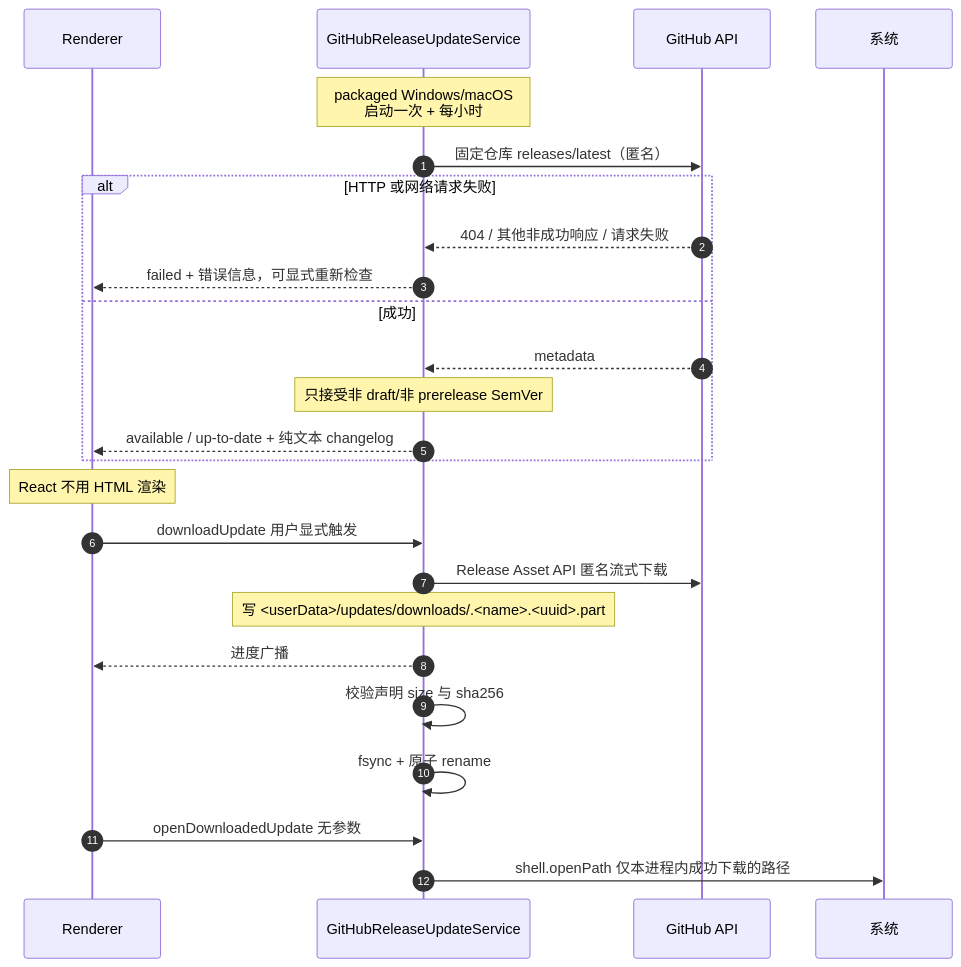
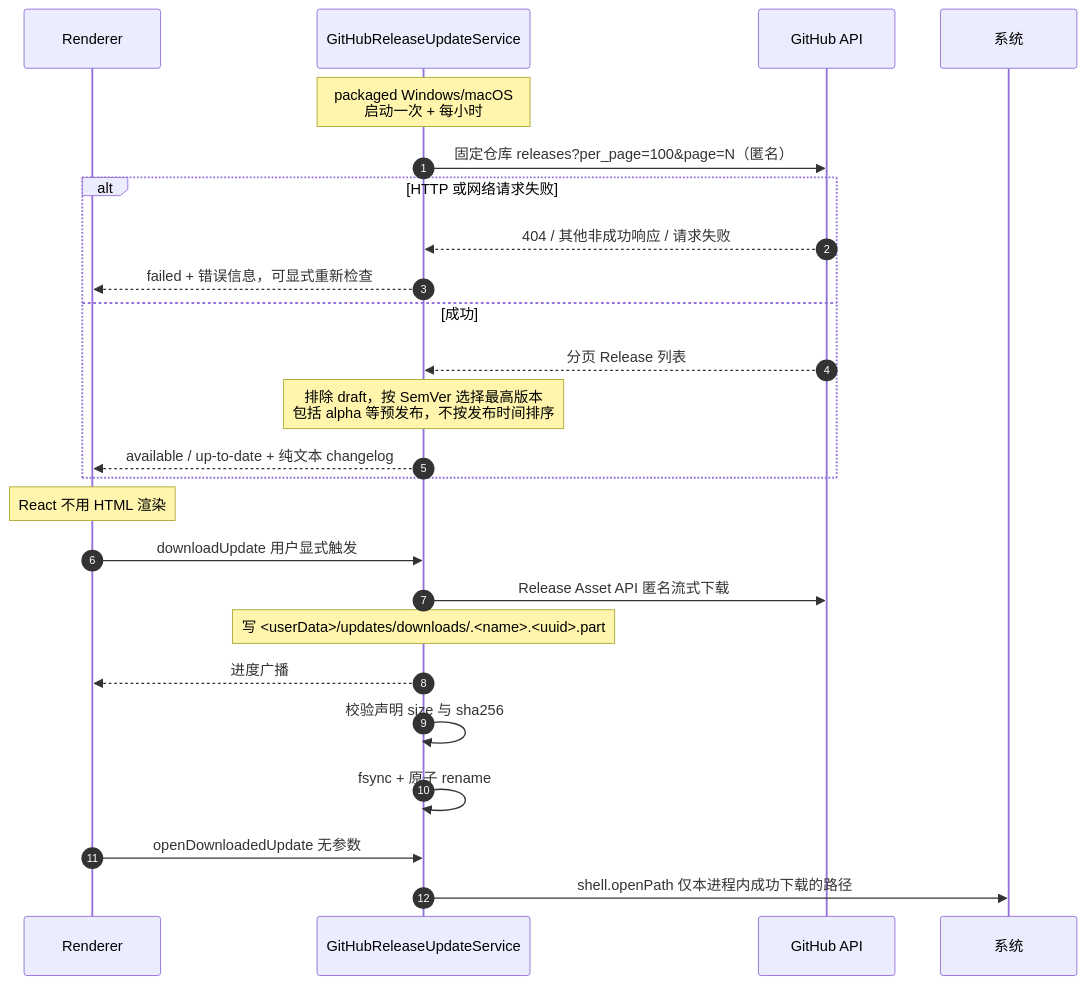
One commit to zhxmt-xm/Interceptor changed the diagram in architecture/features/settings/updates.md. Above: the diagram before and after it, drawn with Mermaid. The commit also changed other lines of this file and 76 other files, not shown here.

````diff
--- a/architecture/features/settings/updates.md
+++ b/architecture/features/settings/updates.md
@@ -7,30 +7,30 @@
 ```mermaid
 sequenceDiagram
     autonumber
     participant UI as Renderer
     participant Main as GitHubReleaseUpdateService
     participant GH as GitHub API
     participant Shell as 系统
 
     Note over Main: packaged Windows/macOS<br/>启动一次 + 每小时
-    Main->>GH: 固定仓库 releases/latest（匿名）
+    Main->>GH: 固定仓库 releases?per_page=100&page=N（匿名）
     alt HTTP 或网络请求失败
         GH-->>Main: 404 / 其他非成功响应 / 请求失败
         Main-->>UI: failed + 错误信息，可显式重新检查
     else 成功
-        GH-->>Main: metadata
-        Note over Main: 只接受非 draft/非 prerelease SemVer
+        GH-->>Main: 分页 Release 列表
+        Note over Main: 排除 draft，按 SemVer 选择最高版本<br/>包括 alpha 等预发布，不按发布时间排序
         Main-->>UI: available / up-to-date + 纯文本 changelog
     end
     Note over UI: React 不用 HTML 渲染
 
     UI->>Main: downloadUpdate 用户显式触发
     Main->>GH: Release Asset API 匿名流式下载
     Note over Main: 写 <userData>/updates/downloads/.<name>.<uuid>.part
     Main-->>UI: 进度广播
     Main->>Main: 校验声明 size 与 sha256
     Main->>Main: fsync + 原子 rename
 
     UI->>Main: openDownloadedUpdate 无参数
     Main->>Shell: shell.openPath 仅本进程内成功下载的路径
 ```
````
